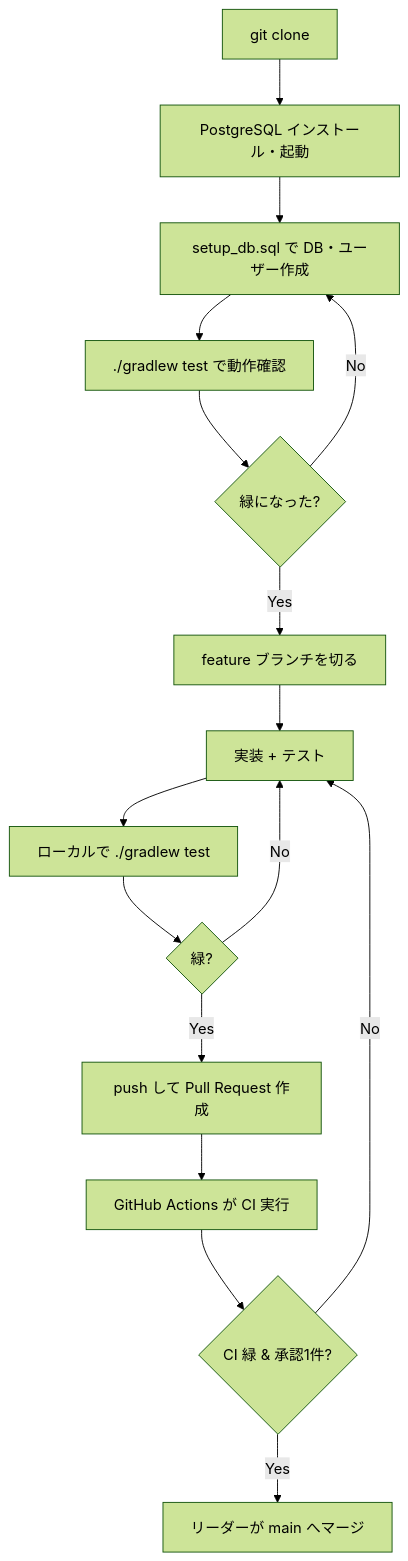
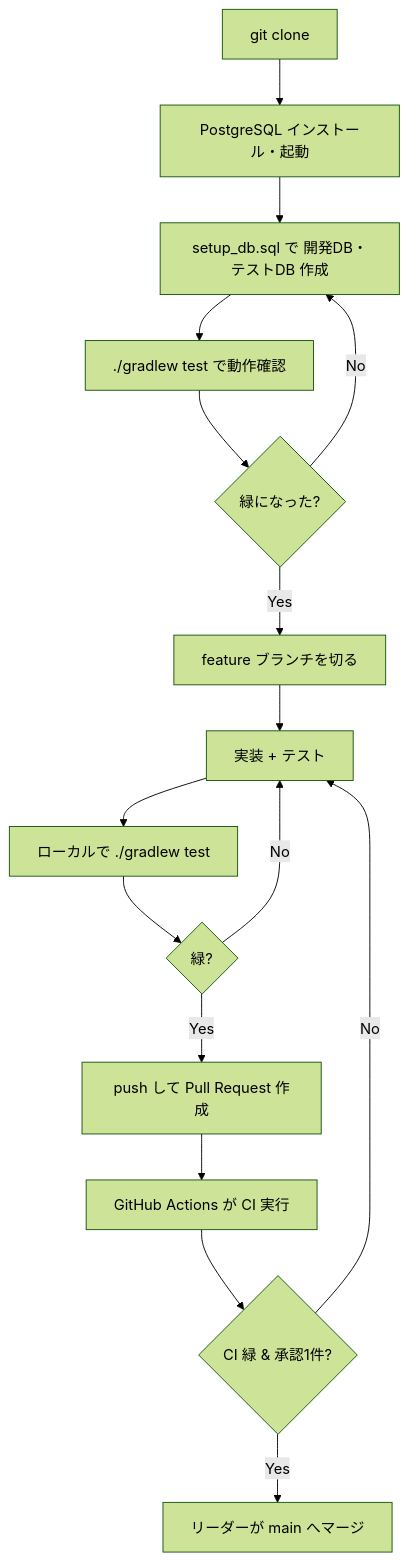
Before and after one commit to mfukui-smartscape/protospace-d: the diagram in README.md, drawn with Mermaid (forest theme). The commit also changed other lines of this file, not shown here.

````diff
--- a/README.md
+++ b/README.md
@@ -120,18 +161,18 @@
 ```mermaid
 flowchart TD
     A[git clone] --> B[PostgreSQL インストール・起動]
-    B --> C[setup_db.sql で DB・ユーザー作成]
+    B --> C[setup_db.sql で 開発DB・テストDB 作成]
     C --> D[./gradlew test で動作確認]
     D --> E{緑になった?}
     E -->|Yes| F[feature ブランチを切る]
     E -->|No| C
     F --> G[実装 + テスト]
     G --> H[ローカルで ./gradlew test]
     H --> I{緑?}
     I -->|No| G
     I -->|Yes| J[push して Pull Request 作成]
     J --> K[GitHub Actions が CI 実行]
     K --> L{CI 緑 & 承認1件?}
     L -->|No| G
     L -->|Yes| M[リーダーが main へマージ]
 ```
````
